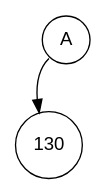
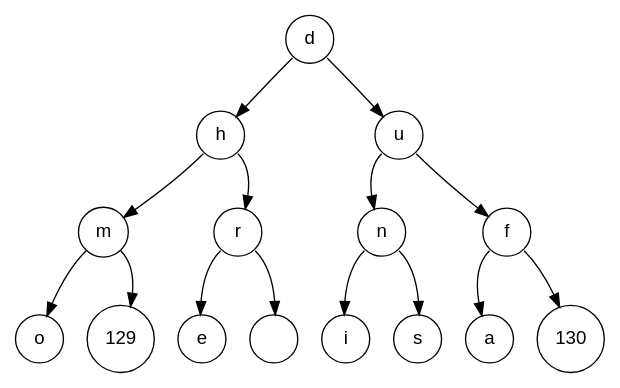
Before and after one commit to Procuste34/codage_huffman_c: the diagram in fichiers_viz/minimier_etape_3.dot, drawn with Graphviz. The commit also changed 22 other files, not shown here.

```diff
--- a/fichiers_viz/minimier_etape_3.dot
+++ b/fichiers_viz/minimier_etape_3.dot
@@ -1,6 +1,32 @@
 digraph POT_test {
 node [fontname="Arial", shape="circle", width=0.5];
-65 [label = "A"]
-65:sw -> 130
+100 [label = "d"]
+100:sw -> 104
+100:se -> 117
+104 [label = "h"]
+104:sw -> 109
+104:se -> 114
+109 [label = "m"]
+109:sw -> 111
+109:se -> 129
+111 [label = "o"]
+129 [label = "129"]
+114 [label = "r"]
+114:sw -> 101
+114:se -> 32
+101 [label = "e"]
+32 [label = " "]
+117 [label = "u"]
+117:sw -> 110
+117:se -> 102
+110 [label = "n"]
+110:sw -> 105
+110:se -> 115
+105 [label = "i"]
+115 [label = "s"]
+102 [label = "f"]
+102:sw -> 97
+102:se -> 130
+97 [label = "a"]
 130 [label = "130"]
 }
```
